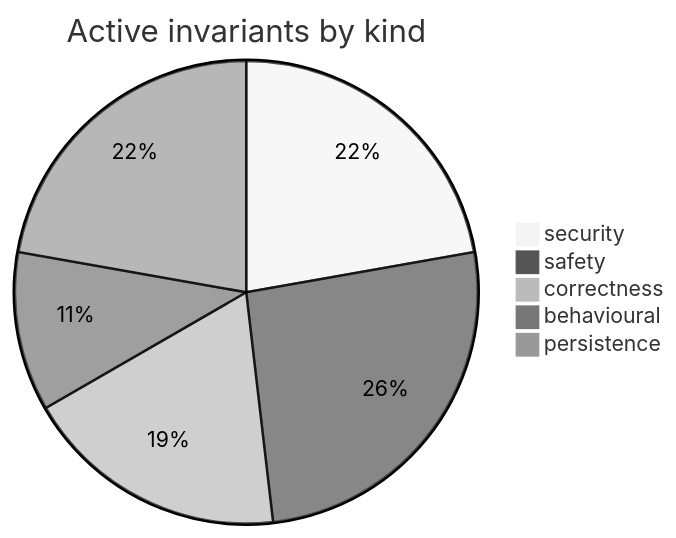
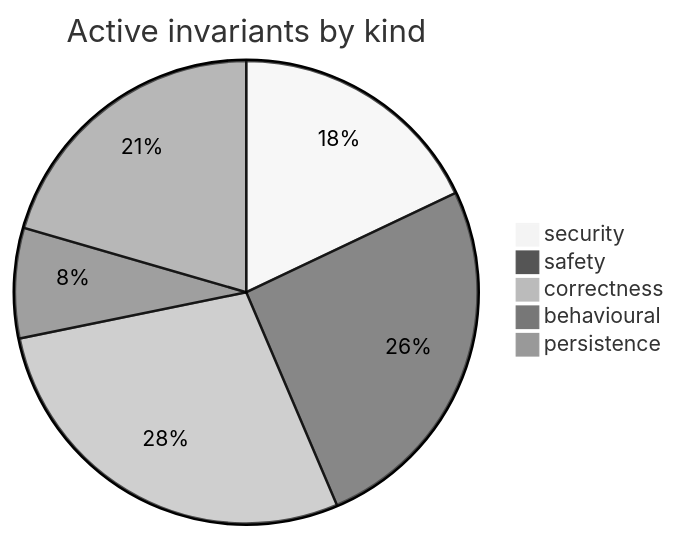
The diagram in docs/requirements-map.md (Lbstrydom/claude-engineering-skills), drawn with Mermaid (neutral theme) before and after one commit. The commit also changed other lines of this file and 3 other files, not shown here.

````diff
--- a/docs/requirements-map.md
+++ b/docs/requirements-map.md
@@ -7,8 +7,8 @@
 ```mermaid
 pie title Active invariants by kind
-  "security" : 6
-  "safety" : 7
-  "correctness" : 5
+  "security" : 7
+  "safety" : 10
+  "correctness" : 11
   "behavioural" : 3
-  "persistence" : 6
+  "persistence" : 8
 ```
````
